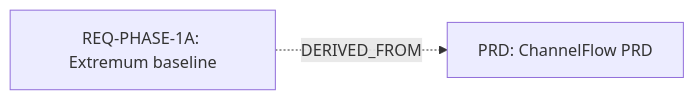
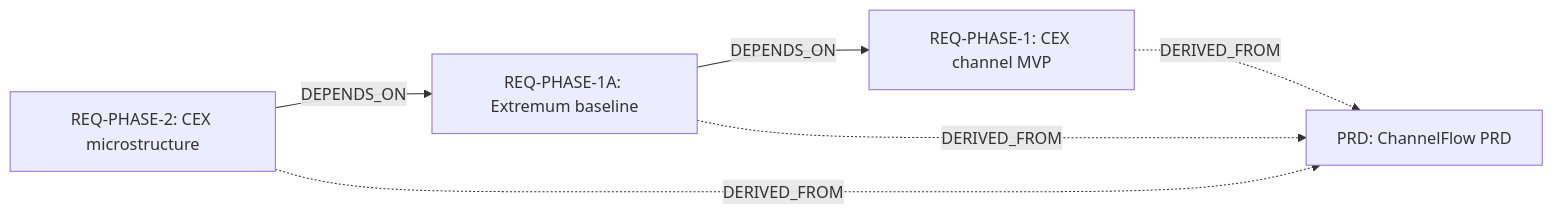
One commit to nikshev/market-forge changed the third of 11 diagrams in vault/00-index/Traceability Dashboard.md. Above: the diagram before and after it, drawn with Mermaid. The commit also changed other lines of this file, not shown here.

````diff
--- a/vault/00-index/Traceability Dashboard.md
+++ b/vault/00-index/Traceability Dashboard.md
@@ -125,6 +134,12 @@
 ```mermaid
 graph LR
   PRD["PRD: ChannelFlow PRD"]
+  REQ_PHASE_1["REQ-PHASE-1: CEX channel MVP"]
   REQ_PHASE_1A["REQ-PHASE-1A: Extremum baseline"]
+  REQ_PHASE_2["REQ-PHASE-2: CEX microstructure"]
+  REQ_PHASE_1A -->|DEPENDS_ON| REQ_PHASE_1
+  REQ_PHASE_2 -->|DEPENDS_ON| REQ_PHASE_1A
+  REQ_PHASE_1 -.->|DERIVED_FROM| PRD
   REQ_PHASE_1A -.->|DERIVED_FROM| PRD
+  REQ_PHASE_2 -.->|DERIVED_FROM| PRD
 ```
````
